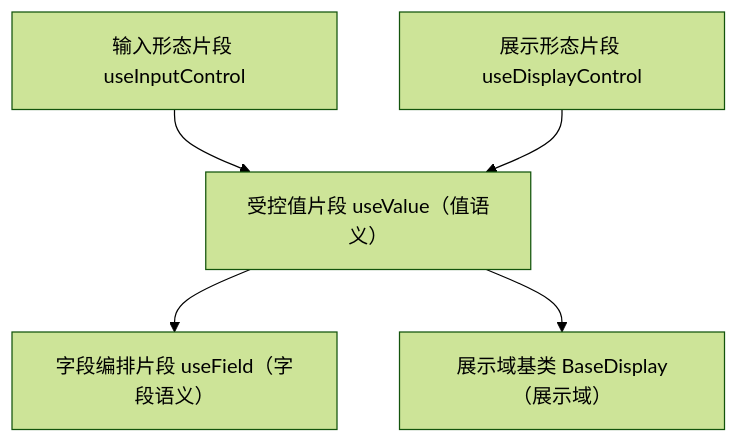
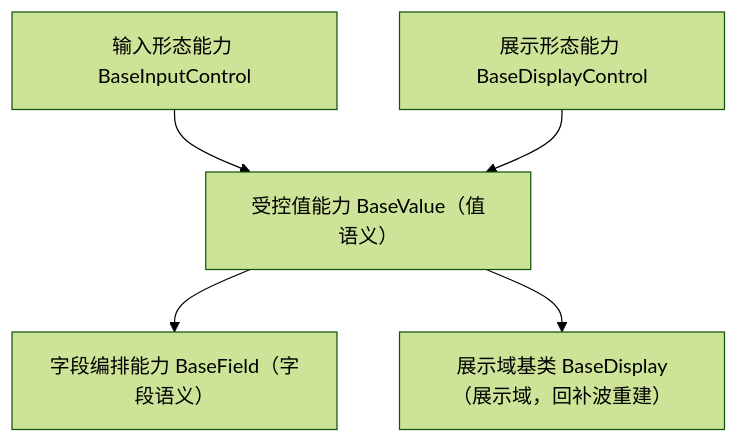
One commit to minjian123/basic-management-system changed the diagram in bms文档/设计/组件设计/02_基础组件类/02_能力片段/08_组件设计_受控值片段/08_组件设计_受控值片段.md. Above: the diagram before and after it, drawn with Mermaid (forest theme). The commit also changed other lines of this file and 49 other files, not shown here.

````diff
--- a/bms文档/设计/组件设计/02_基础组件类/02_能力片段/08_组件设计_受控值片段/08_组件设计_受控值片段.md
+++ b/bms文档/设计/组件设计/02_基础组件类/02_能力片段/08_组件设计_受控值片段/08_组件设计_受控值片段.md
@@ -17,7 +17,7 @@
 ```mermaid
 flowchart TD
-    IC["输入形态片段 useInputControl"] --> V["受控值片段 useValue（值语义）"]
-    DC["展示形态片段 useDisplayControl"] --> V
-    V --> F["字段编排片段 useField（字段语义）"]
-    V --> D["展示域基类 BaseDisplay（展示域）"]
+    IC["输入形态能力 BaseInputControl"] --> V["受控值能力 BaseValue（值语义）"]
+    DC["展示形态能力 BaseDisplayControl"] --> V
+    V --> F["字段编排能力 BaseField（字段语义）"]
+    V --> D["展示域基类 BaseDisplay（展示域，回补波重建）"]
 ```
````
